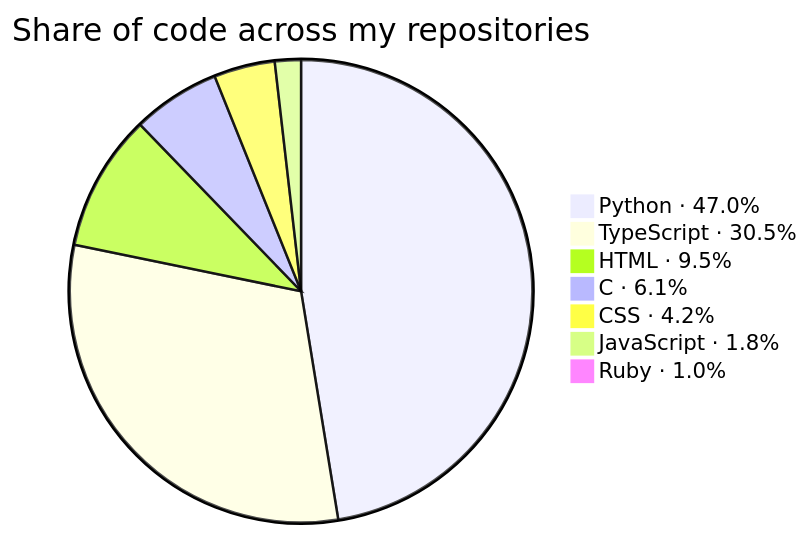
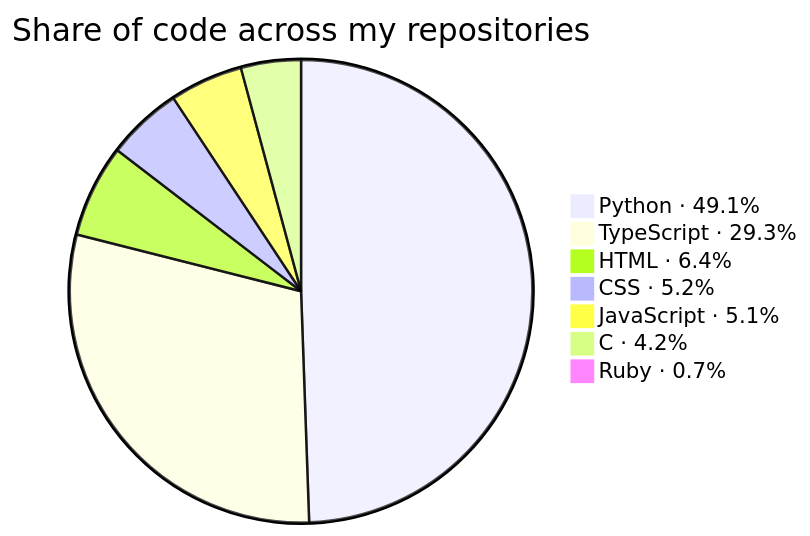
One commit to KathFK1234/KathFK1234 changed the second of 3 diagrams in README.md. Above: the diagram before and after it, drawn with Mermaid. The commit also changed other lines of this file and 2 other files, not shown here.

Commit message:
Update languages, tools, activity and the mood command

````diff
--- a/README.md
+++ b/README.md
@@ -107,11 +107,11 @@
 ```mermaid
 %%{init: {"themeVariables": {"pieSectionTextSize": "0px"}}}%%
 pie title Share of code across my repositories
-    "Python · 47.0%" : 484.2
-    "TypeScript · 30.5%" : 314.3
-    "HTML · 9.5%" : 97.6
-    "C · 6.1%" : 62.7
-    "CSS · 4.2%" : 43.5
-    "JavaScript · 1.8%" : 18.6
-    "Ruby · 1.0%" : 10.1
+    "Python · 49.1%" : 740.0
+    "TypeScript · 29.3%" : 441.6
+    "HTML · 6.4%" : 96.9
+    "CSS · 5.2%" : 79.0
+    "JavaScript · 5.1%" : 76.5
+    "C · 4.2%" : 62.7
+    "Ruby · 0.7%" : 10.1
 ```
````
